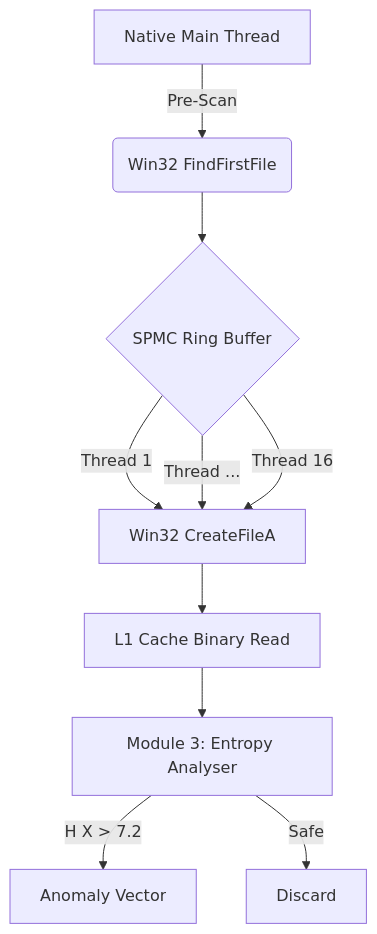
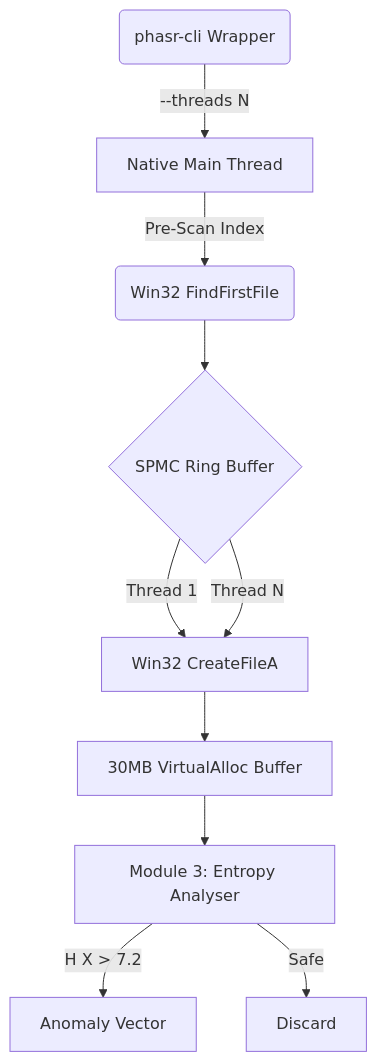
The diagram in docs/ARCHITECTURE.md (Zeo120/ZTL-Tech), drawn with Mermaid before and after one commit. The commit also changed other lines of this file and 1 other file, not shown here.

Commit message:
docs: map execution timeline and memory data relationships

````diff
--- a/docs/ARCHITECTURE.md
+++ b/docs/ARCHITECTURE.md
@@ -25,12 +27,12 @@
 ```mermaid
 graph TD
-    A[Native Main Thread] -->|Pre-Scan| B(Win32 FindFirstFile)
+    CLI(phasr-cli Wrapper) -->|--threads N| A
+    A[Native Main Thread] -->|Pre-Scan Index| B(Win32 FindFirstFile)
     B --> C{SPMC Ring Buffer}
     C -->|Thread 1| D[Win32 CreateFileA]
-    C -->|Thread ...| D
-    C -->|Thread 16| D
-    D --> E[L1 Cache Binary Read]
+    C -->|Thread N| D
+    D --> E[30MB VirtualAlloc Buffer]
     E --> F[Module 3: Entropy Analyser]
     F -->|H X > 7.2| G[Anomaly Vector]
     F -->|Safe| H[Discard]
 ```
````
